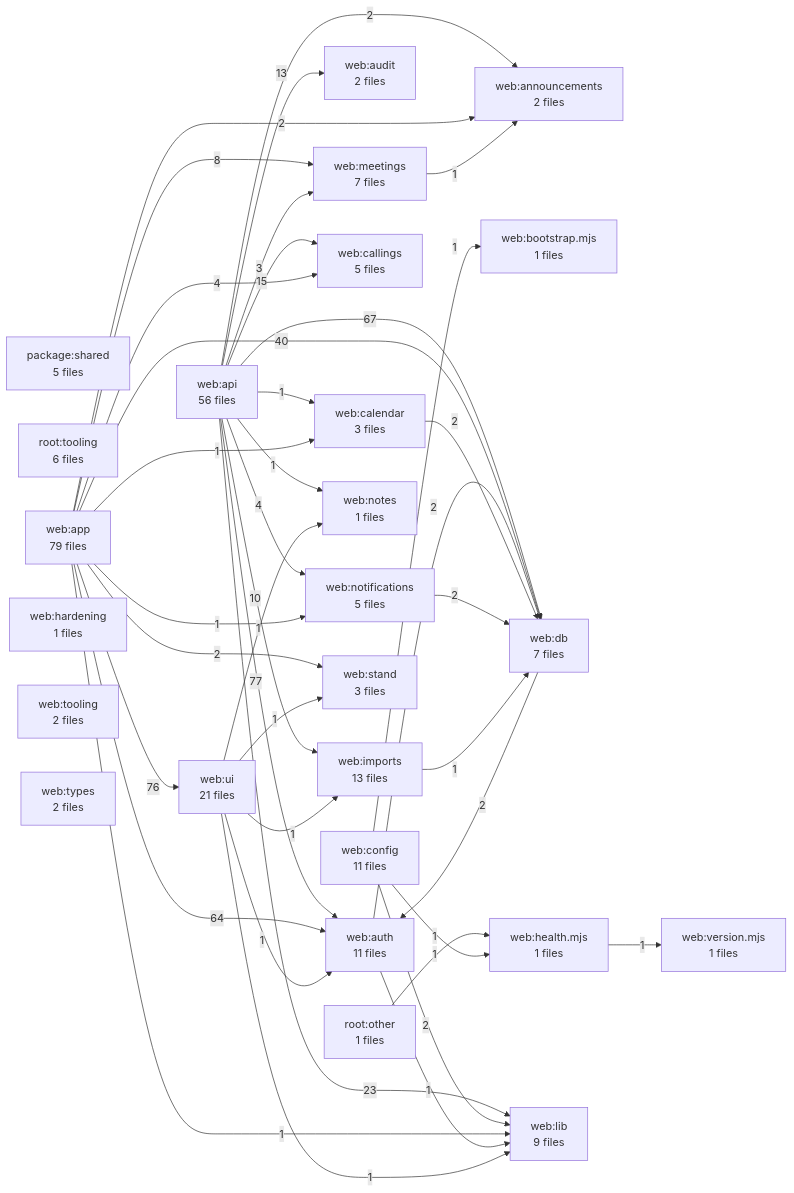
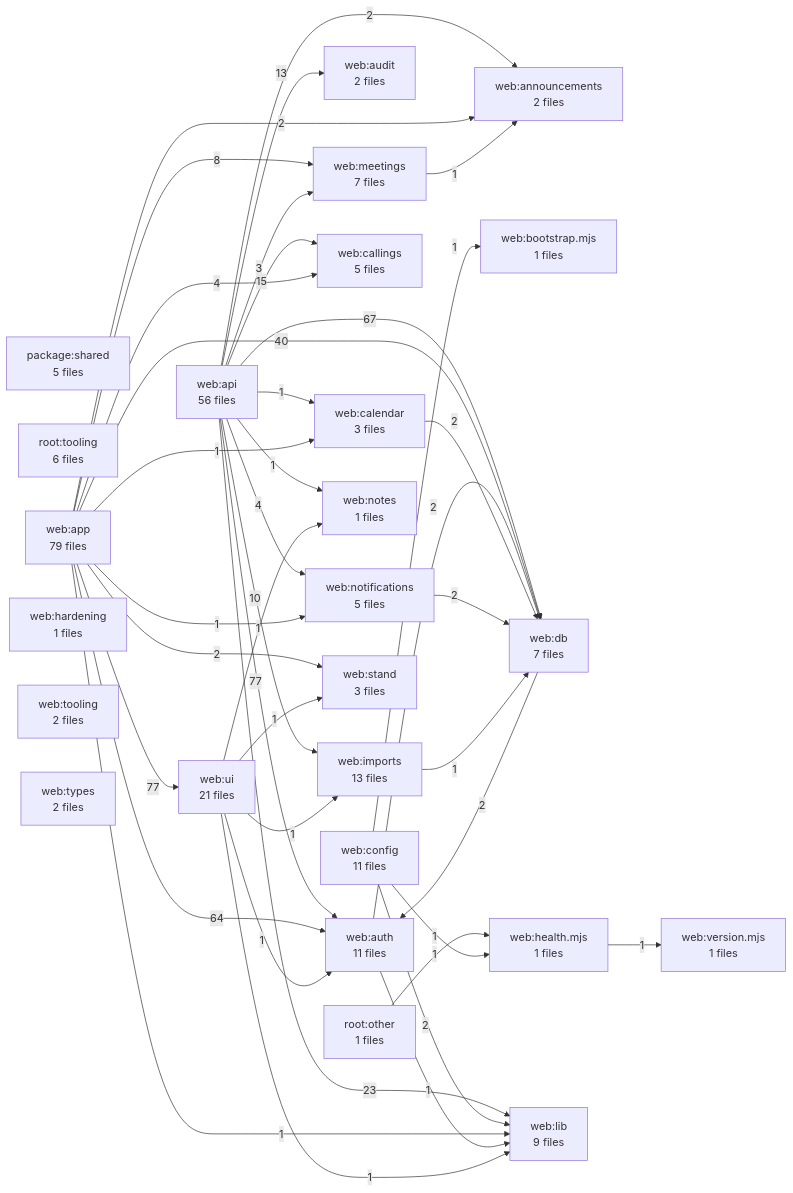
The diagram in docs/DEPENDENCY_GRAPH.md (kalebhall/the-stand), drawn with Mermaid before and after one commit. The commit also changed other lines of this file and 2 other files, not shown here.

````diff
--- a/docs/DEPENDENCY_GRAPH.md
+++ b/docs/DEPENDENCY_GRAPH.md
@@ -11,66 +11,66 @@
 ```mermaid
 flowchart LR
   A1["package:shared<br/>5 files"]
   A2["root:other<br/>1 files"]
   A3["root:tooling<br/>6 files"]
   A4["web:announcements<br/>2 files"]
   A5["web:api<br/>56 files"]
   A6["web:app<br/>79 files"]
   A7["web:audit<br/>2 files"]
   A8["web:auth<br/>11 files"]
   A9["web:bootstrap.mjs<br/>1 files"]
   A10["web:calendar<br/>3 files"]
   A11["web:callings<br/>5 files"]
   A12["web:config<br/>11 files"]
   A13["web:db<br/>7 files"]
   A14["web:hardening<br/>1 files"]
   A15["web:health.mjs<br/>1 files"]
   A16["web:imports<br/>13 files"]
   A17["web:lib<br/>9 files"]
   A18["web:meetings<br/>7 files"]
   A19["web:notes<br/>1 files"]
   A20["web:notifications<br/>5 files"]
   A21["web:stand<br/>3 files"]
   A22["web:tooling<br/>2 files"]
   A23["web:types<br/>2 files"]
   A24["web:ui<br/>21 files"]
   A25["web:version.mjs<br/>1 files"]
   A5 -->|77| A8
-  A6 -->|76| A24
+  A6 -->|77| A24
   A5 -->|67| A13
   A6 -->|64| A8
   A6 -->|40| A13
   A5 -->|23| A17
   A5 -->|15| A11
   A5 -->|13| A7
   A5 -->|10| A16
   A6 -->|8| A18
   A5 -->|4| A20
   A6 -->|4| A11
   A5 -->|3| A18
   A5 -->|2| A4
   A6 -->|2| A4
   A6 -->|2| A21
   A8 -->|2| A13
   A10 -->|2| A13
   A12 -->|2| A17
   A13 -->|2| A8
   A20 -->|2| A13
   A2 -->|1| A15
   A5 -->|1| A10
   A5 -->|1| A19
   A6 -->|1| A10
   A6 -->|1| A17
   A6 -->|1| A20
   A8 -->|1| A17
   A12 -->|1| A9
   A12 -->|1| A15
   A15 -->|1| A25
   A16 -->|1| A13
   A18 -->|1| A4
   A24 -->|1| A8
   A24 -->|1| A16
   A24 -->|1| A17
   A24 -->|1| A19
   A24 -->|1| A21
 ```
````
